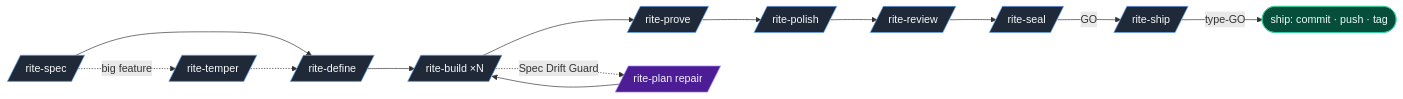
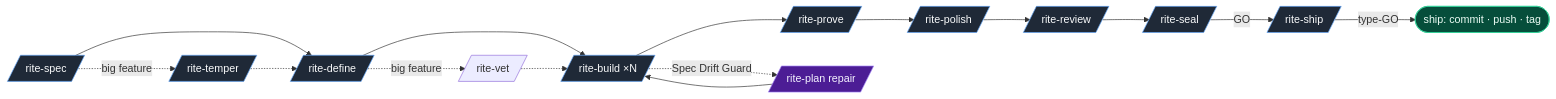
Before and after one commit to ViktorsBaikers/DevRites: the diagram in README.md, drawn with Mermaid. The commit also changed other lines of this file and 22 other files, not shown here.

First line of the commit message:
feat(skills): add /rite-vet engineering plan review before build

````diff
--- a/README.md
+++ b/README.md
@@ -69,16 +70,17 @@
 ```mermaid
 flowchart LR
     S[/rite-spec/] --> D[/rite-define/] --> B[/rite-build ×N/] --> P[/rite-prove/] --> Po[/rite-polish/] --> R[/rite-review/] --> Sl[/rite-seal/]
     S -.->|big feature| T[/rite-temper/] -.-> D
+    D -.->|big feature| V[/rite-vet/] -.-> B
     Sl -->|GO| Sh[/rite-ship/]
     Sh -->|type-GO| Ship([ship: commit · push · tag])
     B -.->|Spec Drift Guard| Re[/rite-plan repair/]
     Re --> B
 
     classDef phase fill:#1f2937,stroke:#60a5fa,color:#f9fafb
     classDef ship fill:#064e3b,stroke:#34d399,color:#ecfdf5
     classDef repair fill:#4c1d95,stroke:#a78bfa,color:#f5f3ff
     class S,D,B,P,Po,R,Sl,Sh,T phase
     class Ship ship
     class Re repair
 ```
````
